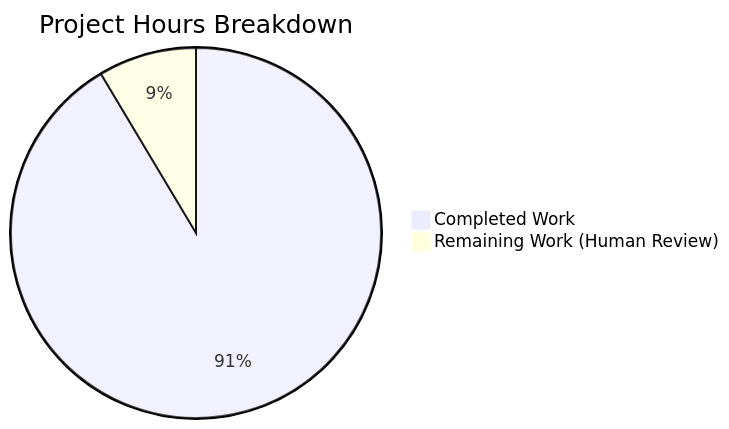
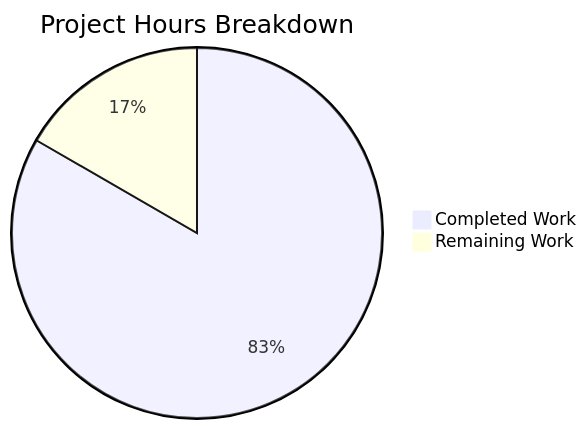
Before and after one commit to Sandeep02Kumar02/existing-projects-qa-test: the diagram in blitzy/documentation/Project Guide.md, drawn with Mermaid. The commit also changed other lines of this file, not shown here.

Commit message:
Adding Blitzy Project Guide: Project Status and Human Tasks Remaining

````diff
--- a/blitzy/documentation/Project Guide.md
+++ b/blitzy/documentation/Project Guide.md
@@ -205,5 +32,5 @@
 ```mermaid
 pie title Project Hours Breakdown
-    "Completed Work" : 32
-    "Remaining Work (Human Review)" : 3
+    "Completed Work" : 40
+    "Remaining Work" : 8
 ```
````
